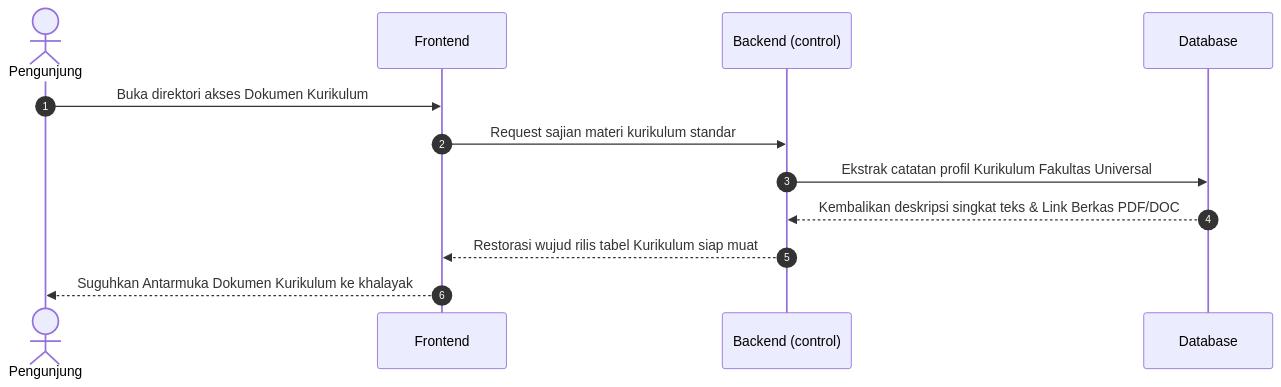
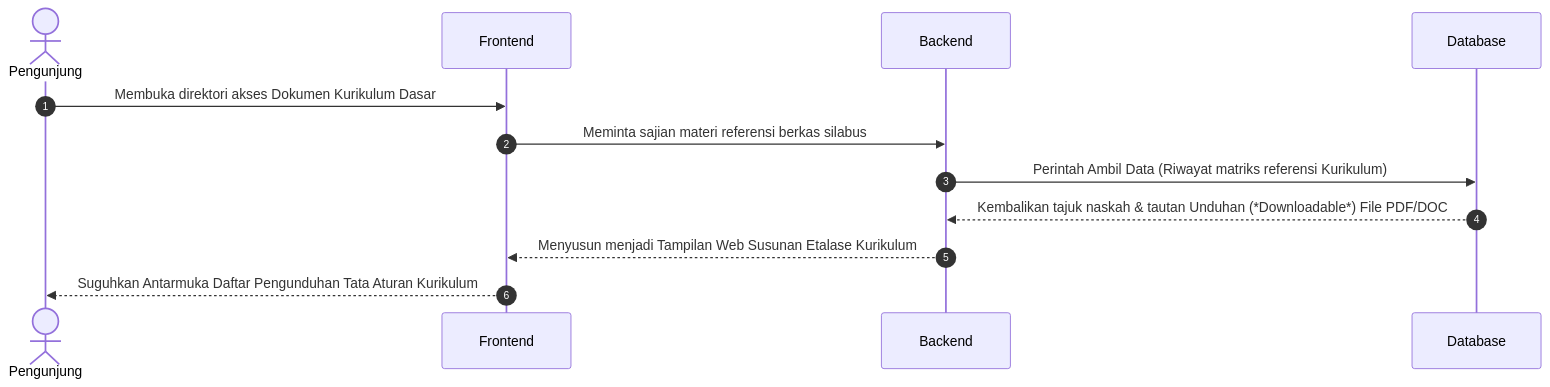
One commit to arbain-dev/Web_fikom changed diagram 13 of 22 in docs/kumpulan_sequence_frontend.md. Above: the diagram before and after it, drawn with Mermaid. The commit also changed other lines of this file and 1 other file, not shown here.

Commit message:
docs: menyederhanakan bahasa teknikal (query, render, html, http, json) menjadi perbendaharaan operasional sederhana di diagram aktivitas public frontend

````diff
--- a/docs/kumpulan_sequence_frontend.md
+++ b/docs/kumpulan_sequence_frontend.md
@@ -252,17 +248,17 @@
 ```mermaid
 sequenceDiagram
     autonumber
     actor User as Pengunjung
-    participant Frontend
-    participant Backend as Backend (control)
-    participant DB as Database
+    participant Frontend as Frontend
+    participant Backend as Backend
+    participant Database as Database
 
-    User->>Frontend: Buka direktori akses Dokumen Kurikulum
-    Frontend->>Backend: Request sajian materi kurikulum standar
+    User->>Frontend: Membuka direktori akses Dokumen Kurikulum Dasar
+    Frontend->>Backend: Meminta sajian materi referensi berkas silabus
     
-    Backend->>DB: Ekstrak catatan profil Kurikulum Fakultas Universal
-    DB-->>Backend: Kembalikan deskripsi singkat teks & Link Berkas PDF/DOC
+    Backend->>Database: Perintah Ambil Data (Riwayat matriks referensi Kurikulum)
+    Database-->>Backend: Kembalikan tajuk naskah & tautan Unduhan (*Downloadable*) File PDF/DOC
     
-    Backend-->>Frontend: Restorasi wujud rilis tabel Kurikulum siap muat
-    Frontend-->>User: Suguhkan Antarmuka Dokumen Kurikulum ke khalayak
+    Backend-->>Frontend: Menyusun menjadi Tampilan Web Susunan Etalase Kurikulum
+    Frontend-->>User: Suguhkan Antarmuka Daftar Pengunduhan Tata Aturan Kurikulum 
 ```
````
